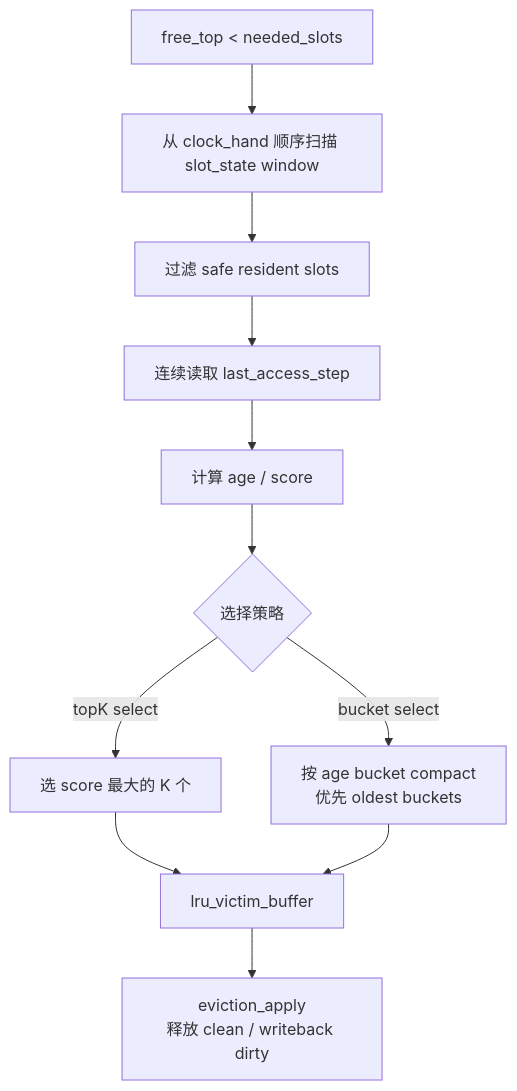
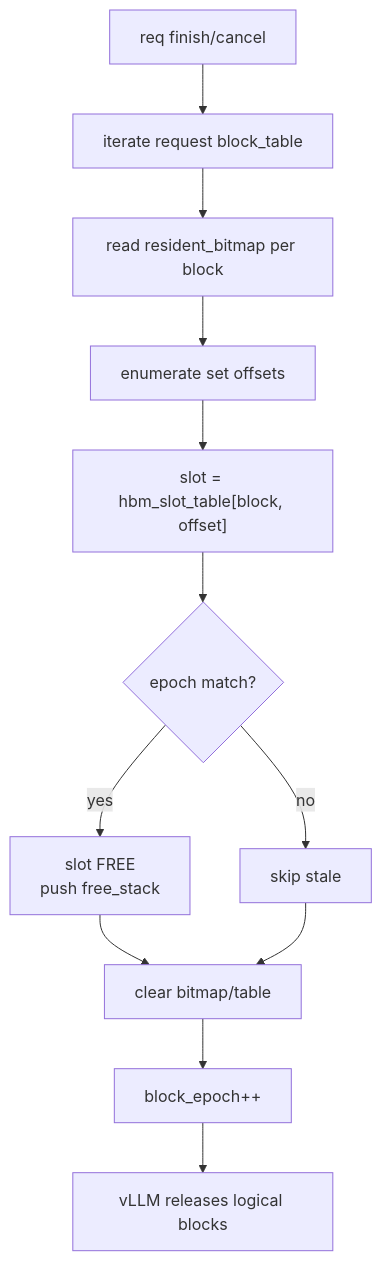
Before and after one commit to ykfnxx/ASU-Ascend: the eighth of 8 diagrams in docs/draft/2026-06-02-npu-hbm-kvcache-management-draft.md, drawn with Mermaid. The commit also changed other lines of this file, not shown here.

Commit message:
Rewrite KVCache draft around block table

````diff
--- a/docs/draft/2026-06-02-npu-hbm-kvcache-management-draft.md
+++ b/docs/draft/2026-06-02-npu-hbm-kvcache-management-draft.md
@@ -930,13 +779,14 @@
 ```mermaid
 flowchart TB
-    A["free_top < needed_slots"] --> B["从 clock_hand 顺序扫描 slot_state window"]
-    B --> C["过滤 safe resident slots"]
-    C --> D["连续读取 last_access_step"]
-    D --> E["计算 age / score"]
-    E --> F{"选择策略"}
-    F -- "topK select" --> G["选 score 最大的 K 个"]
-    F -- "bucket select" --> H["按 age bucket compact<br/>优先 oldest buckets"]
-    G --> I["lru_victim_buffer"]
+    A["req finish/cancel"] --> B["iterate request block_table"]
+    B --> C["read resident_bitmap per block"]
+    C --> D["enumerate set offsets"]
+    D --> E["slot = hbm_slot_table[block, offset]"]
+    E --> F{"epoch match?"}
+    F -- "yes" --> G["slot FREE<br/>push free_stack"]
+    F -- "no" --> H["skip stale"]
+    G --> I["clear bitmap/table"]
     H --> I
-    I --> J["eviction_apply<br/>释放 clean / writeback dirty"]
+    I --> J["block_epoch++"]
+    J --> K["vLLM releases logical blocks"]
 ```
````
